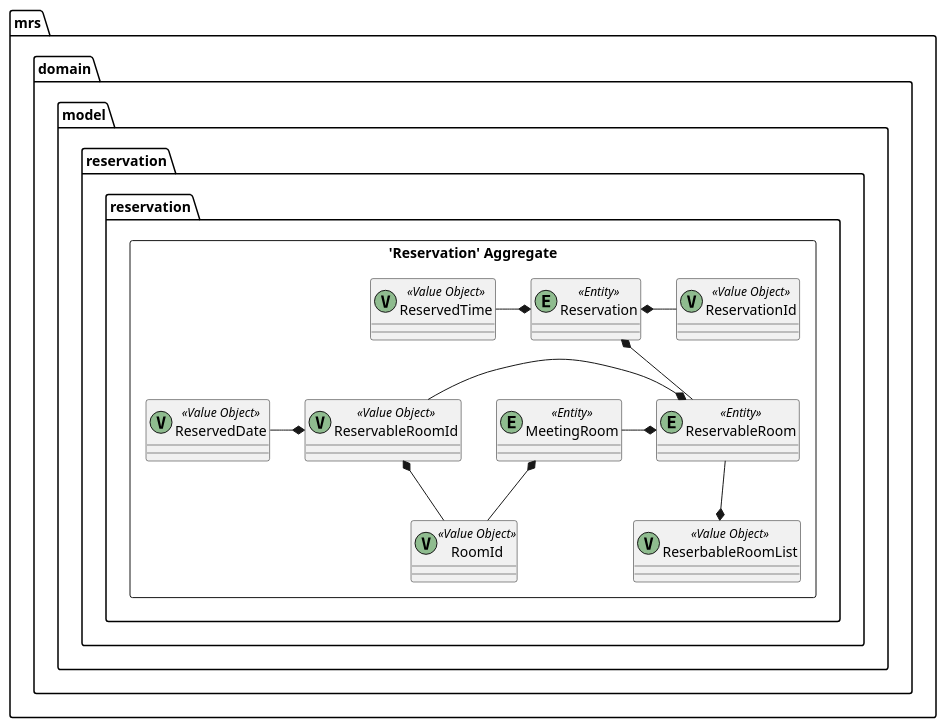
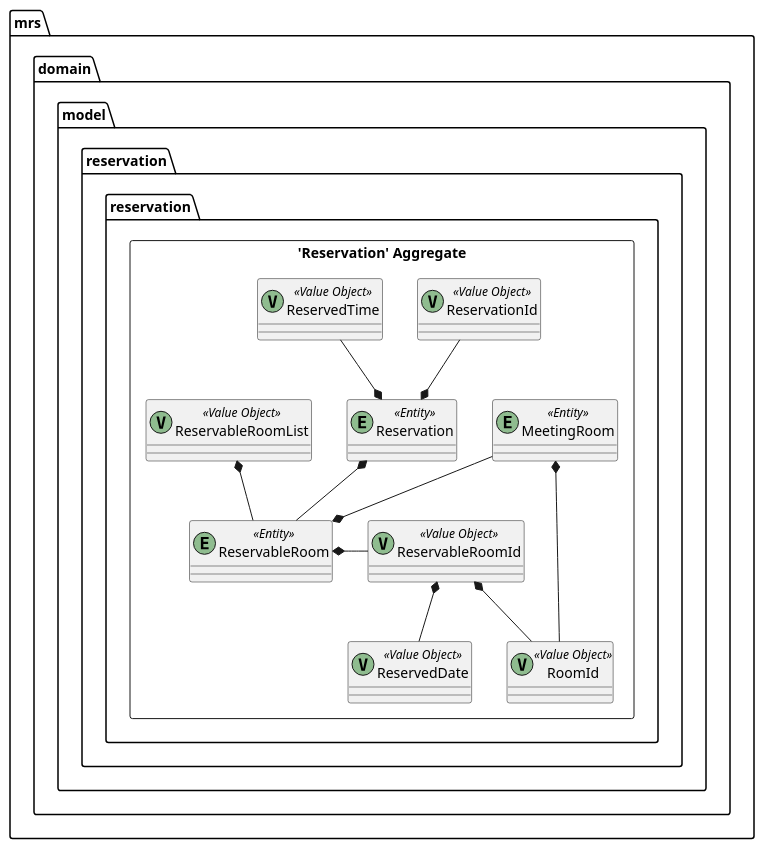
Diagram 22 of 22 in docs/index.adoc (k2works/case-study-mrs), drawn with PlantUML before and after one commit.

Commit message:
docs: ドキュメント更新

```diff
--- a/docs/index.adoc
+++ b/docs/index.adoc
@@ -730,36 +730,36 @@
 [plantuml]
 ----
 skinparam componentStyle uml2
 
 package mrs.domain.model.reservation.reservation {
 	package "'Reservation' Aggregate" <<Rectangle>> {
 		class Reservation <<(E,DarkSeaGreen) Entity>> {
 		}
 		class ReservationId <<(V,DarkSeaGreen) Value Object>> {
 		}
 		class ReservedTime <<(V,DarkSeaGreen) Value Object>> {
 		}
 		class ReservedDate <<(V,DarkSeaGreen) Value Object>> {
 		}
 		class MeetingRoom <<(E,DarkSeaGreen) Entity>> {
 		}
 		class RoomId <<(V,DarkSeaGreen) Value Object>> {
 		}
 		class ReservableRoom <<(E,DarkSeaGreen) Entity>> {
 		}
 		class ReservableRoomId <<(V,DarkSeaGreen) Value Object>> {
 		}
-		class ReserbableRoomList <<(V,DarkSeaGreen) Value Object>> {
+		class ReservableRoomList <<(V,DarkSeaGreen) Value Object>> {
 		}
 	}
-    Reservation *- ReservationId
-    ReservedTime -* Reservation
+    ReservationId --* Reservation
+    ReservedTime --* Reservation
     Reservation *-- ReservableRoom
-    ReservableRoomId -* ReservableRoom
+    ReservableRoom *- ReservableRoomId
     ReservableRoomId *-- RoomId
-    ReservedDate -* ReservableRoomId
-    ReservableRoom *- MeetingRoom
+    ReservableRoomId *-- ReservedDate
+    MeetingRoom --* ReservableRoom
     MeetingRoom *-- RoomId
-    ReservableRoom --* ReserbableRoomList
+    ReservableRoomList *-- ReservableRoom
 }
 ----
```
